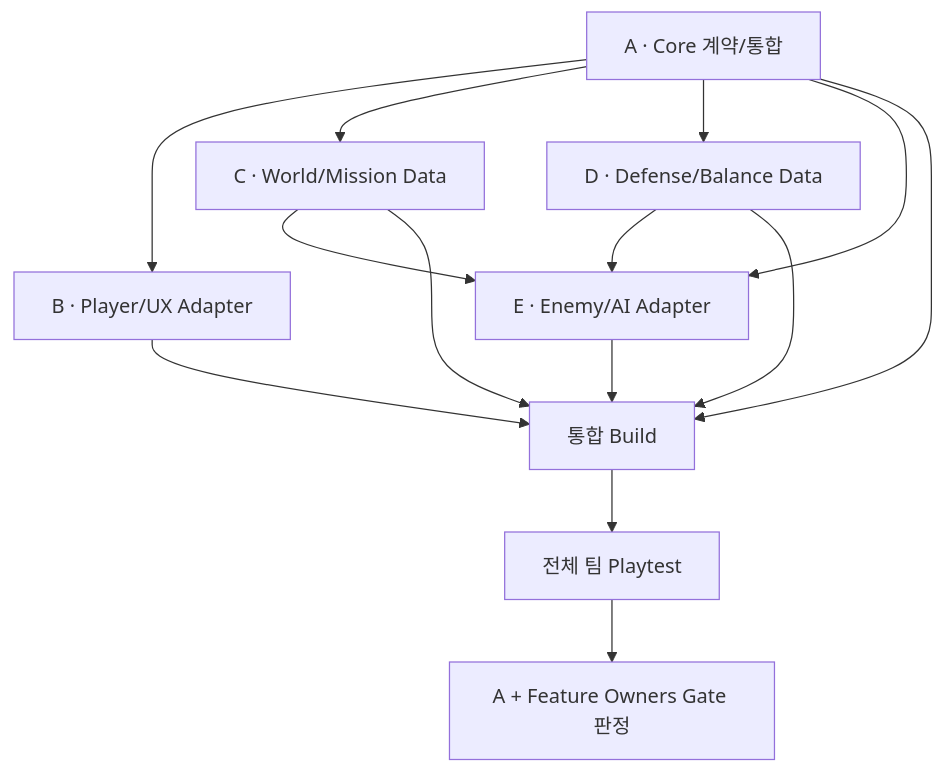
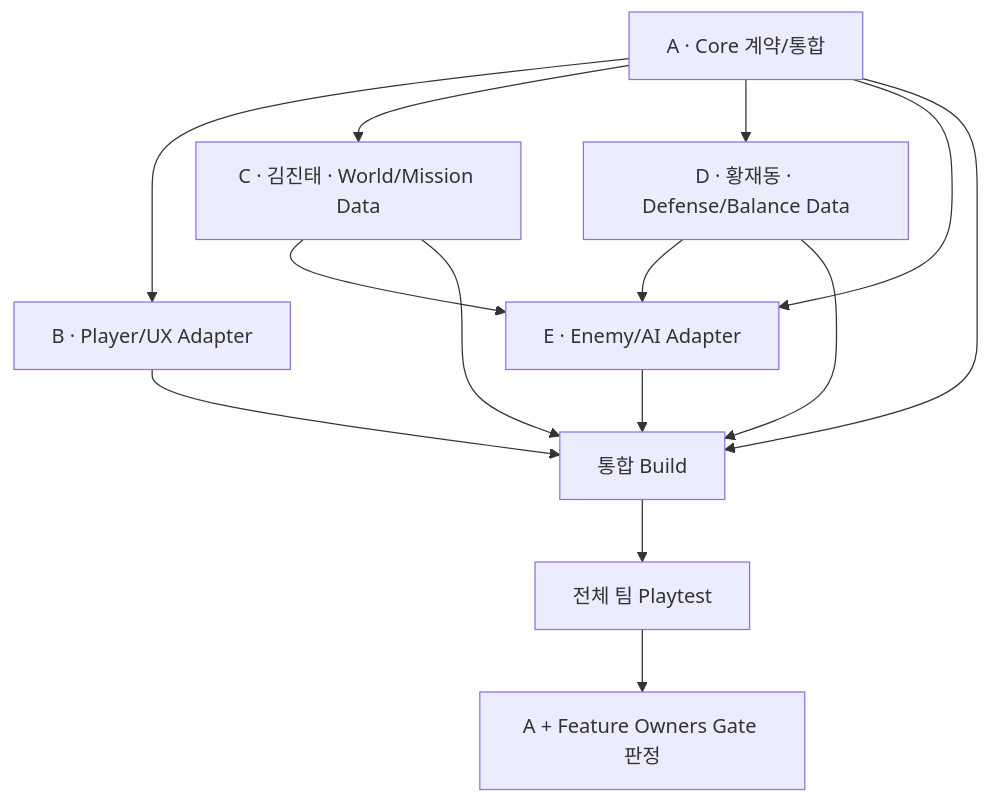
The second of 2 diagrams in Docs/DEVELOPMENT_FLOW.md (Conquer-or-Be-Condemned/unity-3d-the-developer), drawn with Mermaid before and after one commit. The commit also changed other lines of this file and 5 other files, not shown here.

````diff
--- a/Docs/DEVELOPMENT_FLOW.md
+++ b/Docs/DEVELOPMENT_FLOW.md
@@ -49,16 +49,16 @@
 ```mermaid
 flowchart TD
     A[A · Core 계약/통합] --> B[B · Player/UX Adapter]
-    A --> C[C · World/Mission Data]
-    A --> D[D · Defense/Balance Data]
+    A --> C[C · 김진태 · World/Mission Data]
+    A --> D[D · 황재동 · Defense/Balance Data]
     A --> E[E · Enemy/AI Adapter]
     C --> E
     D --> E
     B --> BUILD[통합 Build]
     C --> BUILD
     D --> BUILD
     E --> BUILD
     A --> BUILD
     BUILD --> TEST[전체 팀 Playtest]
     TEST --> GATE[A + Feature Owners Gate 판정]
 ```
````
